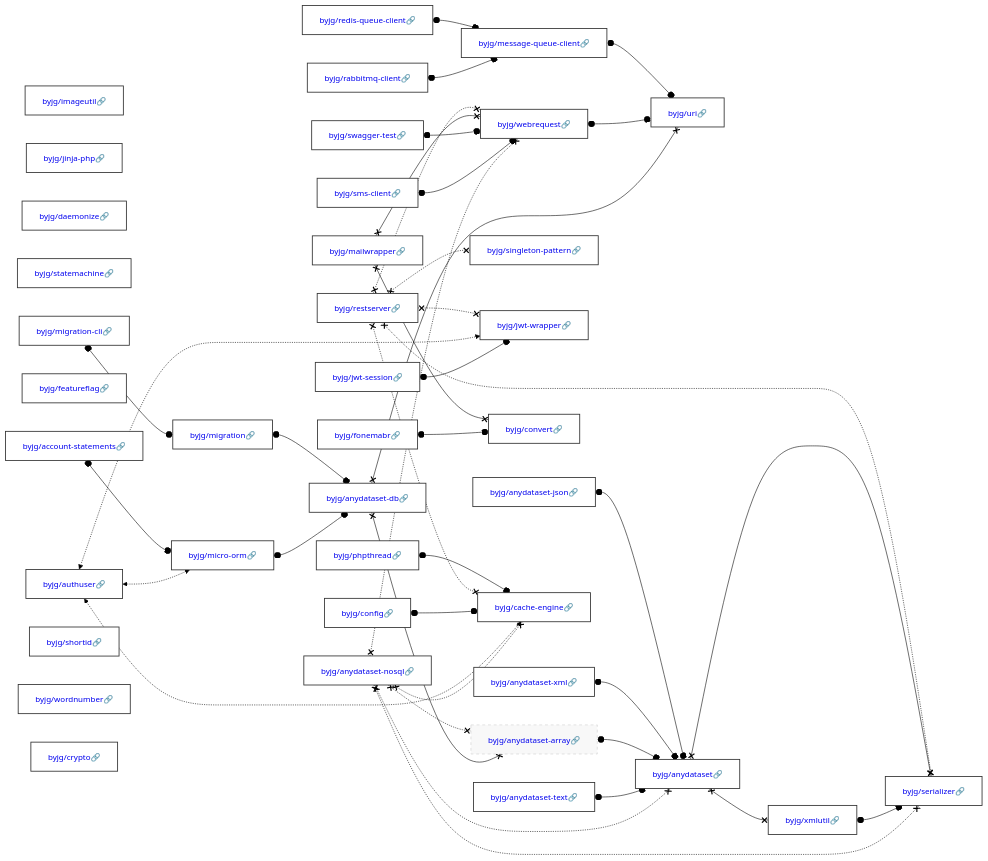
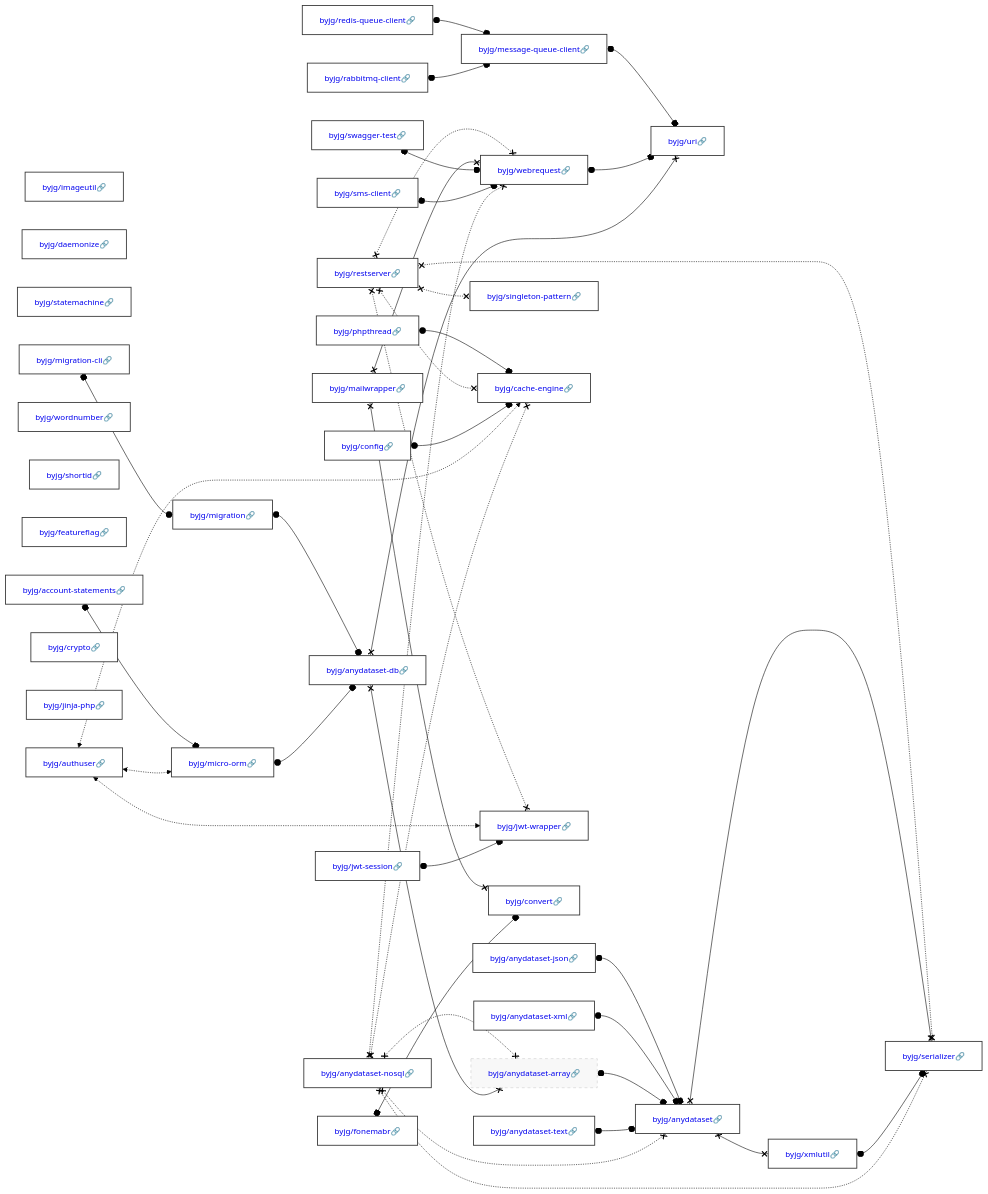
Before and after one commit to byjg/byjg.github.io: the diagram in docs/php/README.md, drawn with Mermaid (forest theme). The commit also changed other lines of this file, not shown here.

Commit message:
Update documentation 'php' 'php-anydataset-db'

````diff
--- a/docs/php/README.md
+++ b/docs/php/README.md
@@ -3,38 +3,38 @@
 ```mermaid
 graph LR;
+  byjg/jwt-session[<a href='https://opensource.byjg.com/docs/php/jwt-session' style='text-decoration:none'>byjg/jwt-session🔗</a>];
+  byjg/sms-client[<a href='https://opensource.byjg.com/docs/php/sms-client' style='text-decoration:none'>byjg/sms-client🔗</a>];
+  byjg/rabbitmq-client[<a href='https://opensource.byjg.com/docs/php/rabbitmq-client' style='text-decoration:none'>byjg/rabbitmq-client🔗</a>];
+  byjg/anydataset-xml[<a href='https://opensource.byjg.com/docs/php/anydataset-xml' style='text-decoration:none'>byjg/anydataset-xml🔗</a>];
   byjg/imageutil[<a href='https://opensource.byjg.com/docs/php/imageutil' style='text-decoration:none'>byjg/imageutil🔗</a>];
-  byjg/jinja-php[<a href='https://opensource.byjg.com/docs/php/jinja-php' style='text-decoration:none'>byjg/jinja-php🔗</a>];
   byjg/daemonize[<a href='https://opensource.byjg.com/docs/php/daemonize' style='text-decoration:none'>byjg/daemonize🔗</a>];
   byjg/statemachine[<a href='https://opensource.byjg.com/docs/php/statemachine' style='text-decoration:none'>byjg/statemachine🔗</a>];
+  byjg/swagger-test[<a href='https://opensource.byjg.com/docs/php/swagger-test' style='text-decoration:none'>byjg/swagger-test🔗</a>];
   byjg/authuser[<a href='https://opensource.byjg.com/docs/php/authuser' style='text-decoration:none'>byjg/authuser🔗</a>];
-  byjg/sms-client[<a href='https://opensource.byjg.com/docs/php/sms-client' style='text-decoration:none'>byjg/sms-client🔗</a>];
+  byjg/phpthread[<a href='https://opensource.byjg.com/docs/php/phpthread' style='text-decoration:none'>byjg/phpthread🔗</a>];
+  byjg/anydataset-nosql[<a href='https://opensource.byjg.com/docs/php/anydataset-nosql' style='text-decoration:none'>byjg/anydataset-nosql🔗</a>];
+  byjg/fonemabr[<a href='https://opensource.byjg.com/docs/php/fonemabr' style='text-decoration:none'>byjg/fonemabr🔗</a>];
+  byjg/wordnumber[<a href='https://opensource.byjg.com/docs/php/wordnumber' style='text-decoration:none'>byjg/wordnumber🔗</a>];
+  byjg/anydataset-text[<a href='https://opensource.byjg.com/docs/php/anydataset-text' style='text-decoration:none'>byjg/anydataset-text🔗</a>];
+  byjg/shortid[<a href='https://opensource.byjg.com/docs/php/shortid' style='text-decoration:none'>byjg/shortid🔗</a>];
+  byjg/redis-queue-client[<a href='https://opensource.byjg.com/docs/php/redis-queue-client' style='text-decoration:none'>byjg/redis-queue-client🔗</a>];
+  byjg/featureflag[<a href='https://opensource.byjg.com/docs/php/featureflag' style='text-decoration:none'>byjg/featureflag🔗</a>];
+  byjg/config[<a href='https://opensource.byjg.com/docs/php/config' style='text-decoration:none'>byjg/config🔗</a>];
+  byjg/anydataset-json[<a href='https://opensource.byjg.com/docs/php/anydataset-json' style='text-decoration:none'>byjg/anydataset-json🔗</a>];
   byjg/restserver[<a href='https://opensource.byjg.com/docs/php/restserver' style='text-decoration:none'>byjg/restserver🔗</a>];
-  byjg/anydataset-xml[<a href='https://opensource.byjg.com/docs/php/anydataset-xml' style='text-decoration:none'>byjg/anydataset-xml🔗</a>];
-  byjg/featureflag[<a href='https://opensource.byjg.com/docs/php/featureflag' style='text-decoration:none'>byjg/featureflag🔗</a>];
-  byjg/jwt-session[<a href='https://opensource.byjg.com/docs/php/jwt-session' style='text-decoration:none'>byjg/jwt-session🔗</a>];
-  byjg/migration-cli[<a href='https://opensource.byjg.com/docs/php/migration-cli' style='text-decoration:none'>byjg/migration-cli🔗</a>];
-  byjg/rabbitmq-client[<a href='https://opensource.byjg.com/docs/php/rabbitmq-client' style='text-decoration:none'>byjg/rabbitmq-client🔗</a>];
-  byjg/anydataset-text[<a href='https://opensource.byjg.com/docs/php/anydataset-text' style='text-decoration:none'>byjg/anydataset-text🔗</a>];
-  byjg/config[<a href='https://opensource.byjg.com/docs/php/config' style='text-decoration:none'>byjg/config🔗</a>];
-  byjg/swagger-test[<a href='https://opensource.byjg.com/docs/php/swagger-test' style='text-decoration:none'>byjg/swagger-test🔗</a>];
-  byjg/phpthread[<a href='https://opensource.byjg.com/docs/php/phpthread' style='text-decoration:none'>byjg/phpthread🔗</a>];
-  byjg/anydataset-json[<a href='https://opensource.byjg.com/docs/php/anydataset-json' style='text-decoration:none'>byjg/anydataset-json🔗</a>];
-  byjg/fonemabr[<a href='https://opensource.byjg.com/docs/php/fonemabr' style='text-decoration:none'>byjg/fonemabr🔗</a>];
-  byjg/redis-queue-client[<a href='https://opensource.byjg.com/docs/php/redis-queue-client' style='text-decoration:none'>byjg/redis-queue-client🔗</a>];
   byjg/account-statements[<a href='https://opensource.byjg.com/docs/php/account-statements' style='text-decoration:none'>byjg/account-statements🔗</a>];
-  byjg/shortid[<a href='https://opensource.byjg.com/docs/php/shortid' style='text-decoration:none'>byjg/shortid🔗</a>];
-  byjg/wordnumber[<a href='https://opensource.byjg.com/docs/php/wordnumber' style='text-decoration:none'>byjg/wordnumber🔗</a>];
   byjg/mailwrapper[<a href='https://opensource.byjg.com/docs/php/mailwrapper' style='text-decoration:none'>byjg/mailwrapper🔗</a>];
   byjg/crypto[<a href='https://opensource.byjg.com/docs/php/crypto' style='text-decoration:none'>byjg/crypto🔗</a>];
-  byjg/anydataset-nosql[<a href='https://opensource.byjg.com/docs/php/anydataset-nosql' style='text-decoration:none'>byjg/anydataset-nosql🔗</a>];
+  byjg/jinja-php[<a href='https://opensource.byjg.com/docs/php/jinja-php' style='text-decoration:none'>byjg/jinja-php🔗</a>];
+  byjg/migration-cli[<a href='https://opensource.byjg.com/docs/php/migration-cli' style='text-decoration:none'>byjg/migration-cli🔗</a>];
+  byjg/message-queue-client[<a href='https://opensource.byjg.com/docs/php/message-queue-client' style='text-decoration:none'>byjg/message-queue-client🔗</a>];
   byjg/singleton-pattern[<a href='https://opensource.byjg.com/docs/php/singleton-pattern' style='text-decoration:none'>byjg/singleton-pattern🔗</a>];
+  byjg/cache-engine[<a href='https://opensource.byjg.com/docs/php/cache-engine' style='text-decoration:none'>byjg/cache-engine🔗</a>];
   byjg/jwt-wrapper[<a href='https://opensource.byjg.com/docs/php/jwt-wrapper' style='text-decoration:none'>byjg/jwt-wrapper🔗</a>];
-  byjg/migration[<a href='https://opensource.byjg.com/docs/php/migration' style='text-decoration:none'>byjg/migration🔗</a>];
-  byjg/message-queue-client[<a href='https://opensource.byjg.com/docs/php/message-queue-client' style='text-decoration:none'>byjg/message-queue-client🔗</a>];
   byjg/micro-orm[<a href='https://opensource.byjg.com/docs/php/micro-orm' style='text-decoration:none'>byjg/micro-orm🔗</a>];
   byjg/convert[<a href='https://opensource.byjg.com/docs/php/convert' style='text-decoration:none'>byjg/convert🔗</a>];
   byjg/webrequest[<a href='https://opensource.byjg.com/docs/php/webrequest' style='text-decoration:none'>byjg/webrequest🔗</a>];
-  byjg/cache-engine[<a href='https://opensource.byjg.com/docs/php/cache-engine' style='text-decoration:none'>byjg/cache-engine🔗</a>];
+  byjg/migration[<a href='https://opensource.byjg.com/docs/php/migration' style='text-decoration:none'>byjg/migration🔗</a>];
   byjg/anydataset-db[<a href='https://opensource.byjg.com/docs/php/anydataset-db' style='text-decoration:none'>byjg/anydataset-db🔗</a>];
   byjg/anydataset-array[<a href='https://opensource.byjg.com/docs/php/anydataset-array' style='text-decoration:none'>byjg/anydataset-array🔗</a>];
   byjg/uri[<a href='https://opensource.byjg.com/docs/php/uri' style='text-decoration:none'>byjg/uri🔗</a>];
````
